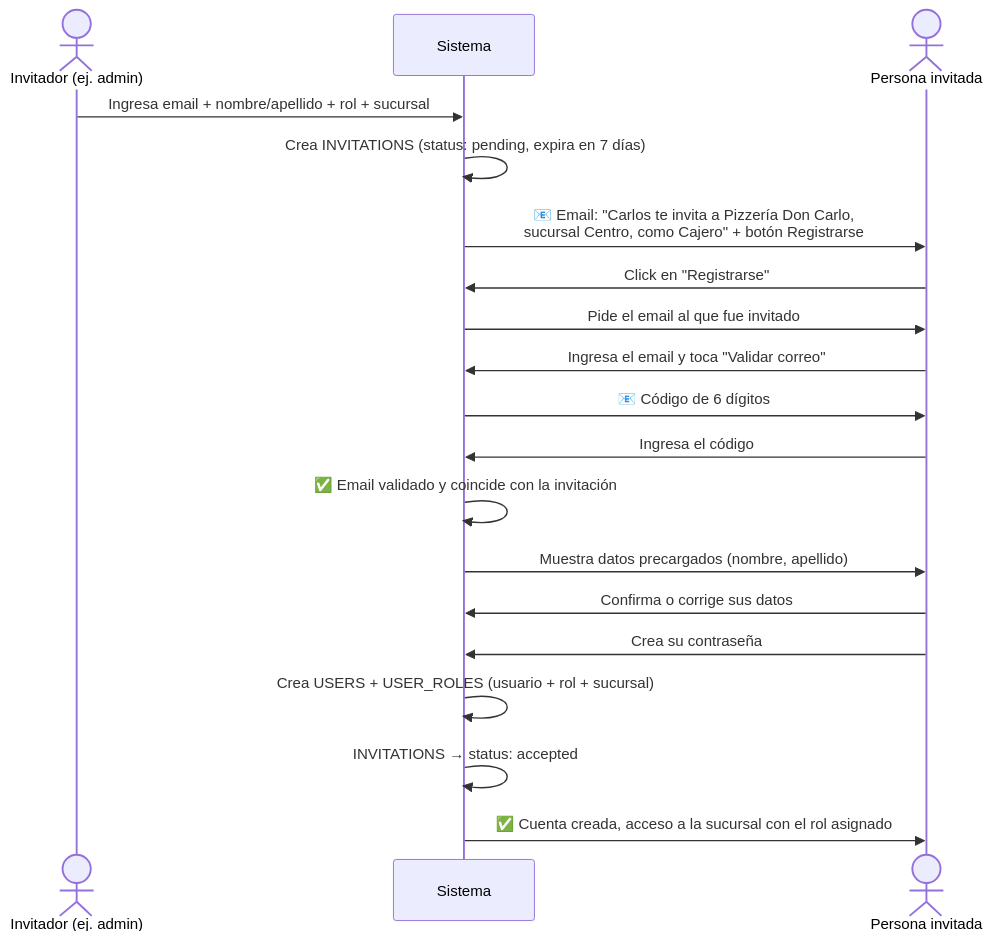
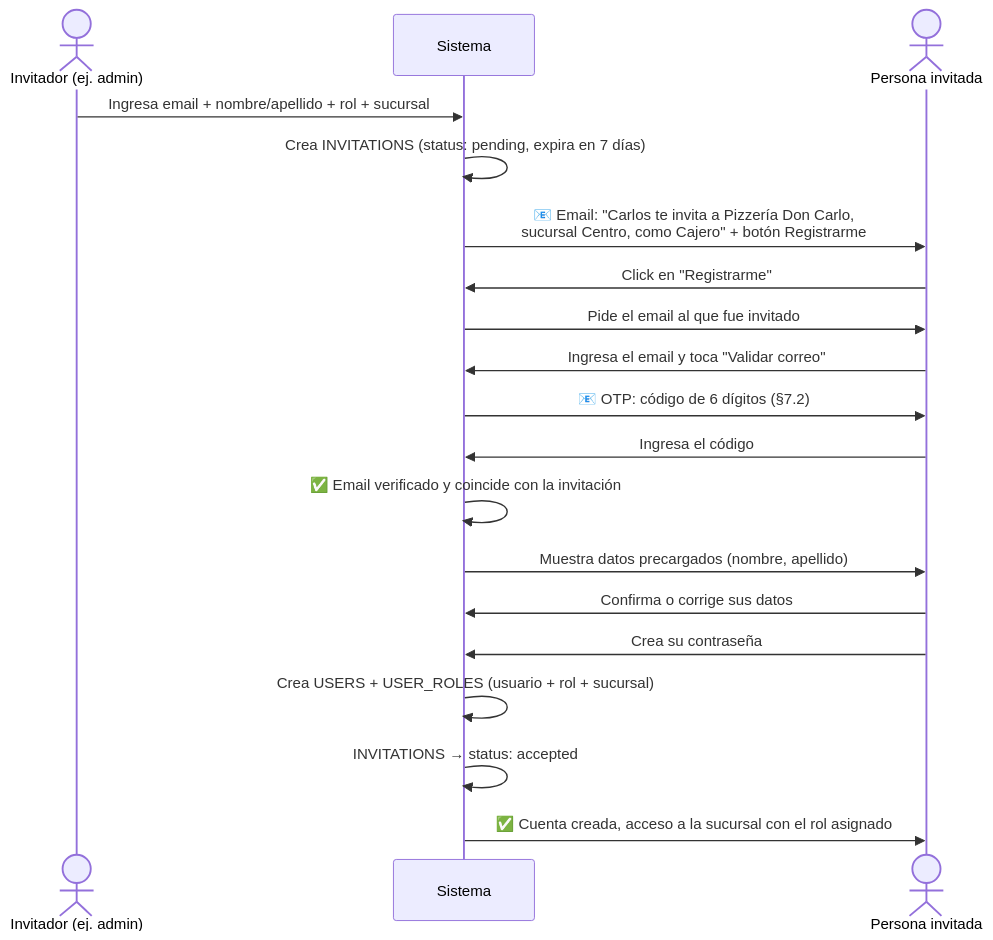
One commit to Franco98404/database-guidelines changed the eighth of 13 diagrams in database-guidelines.md. Above: the diagram before and after it, drawn with Mermaid. The commit also changed other lines of this file, not shown here.

First line of the commit message:
Versión 1.2.0: índice, flujos unificados, contexto activo con rol y trazabilidad

````diff
--- a/database-guidelines.md
+++ b/database-guidelines.md
@@ -360,21 +452,21 @@
 ```mermaid
 sequenceDiagram
     actor I as Invitador (ej. admin)
     participant S as Sistema
     actor N as Persona invitada
     I->>S: Ingresa email + nombre/apellido + rol + sucursal
     S->>S: Crea INVITATIONS (status: pending, expira en 7 días)
-    S->>N: 📧 Email: "Carlos te invita a Pizzería Don Carlo,<br/>sucursal Centro, como Cajero" + botón Registrarse
-    N->>S: Click en "Registrarse"
+    S->>N: 📧 Email: "Carlos te invita a Pizzería Don Carlo,<br/>sucursal Centro, como Cajero" + botón Registrarme
+    N->>S: Click en "Registrarme"
     S->>N: Pide el email al que fue invitado
     N->>S: Ingresa el email y toca "Validar correo"
-    S->>N: 📧 Código de 6 dígitos
+    S->>N: 📧 OTP: código de 6 dígitos (§7.2)
     N->>S: Ingresa el código
-    S->>S: ✅ Email validado y coincide con la invitación
+    S->>S: ✅ Email verificado y coincide con la invitación
     S->>N: Muestra datos precargados (nombre, apellido)
     N->>S: Confirma o corrige sus datos
     N->>S: Crea su contraseña
     S->>S: Crea USERS + USER_ROLES (usuario + rol + sucursal)
     S->>S: INVITATIONS → status: accepted
     S->>N: ✅ Cuenta creada, acceso a la sucursal con el rol asignado
 ```
````
